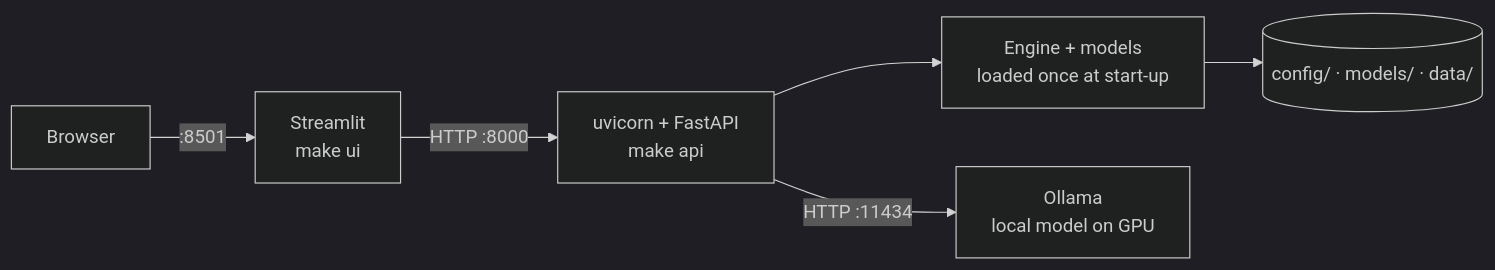
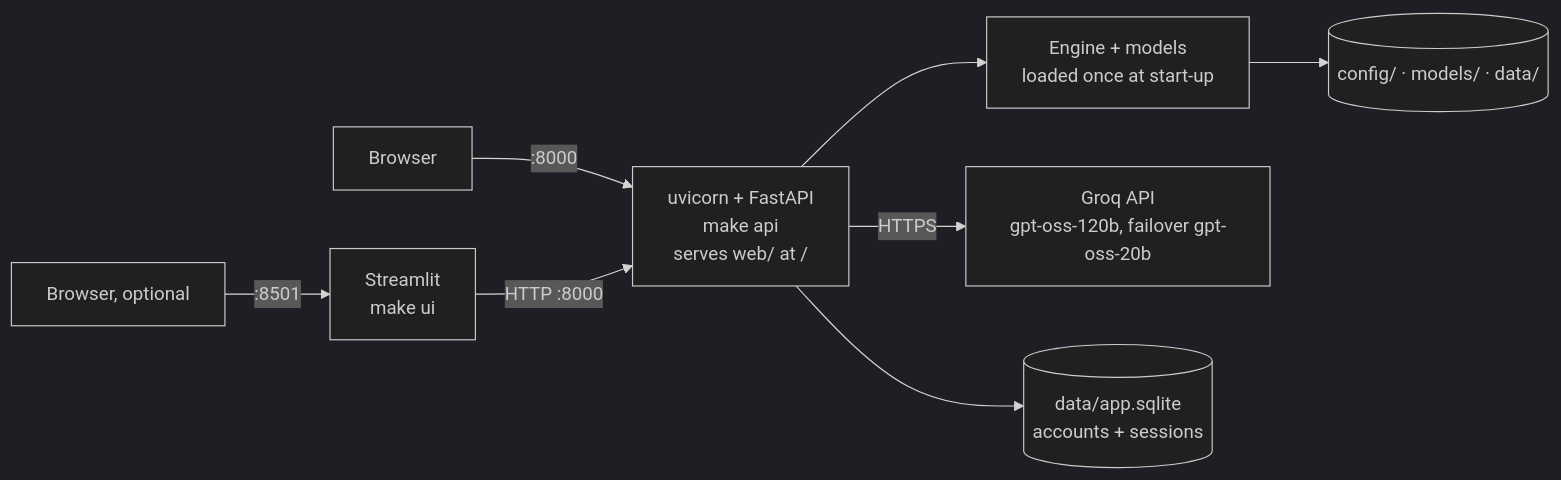
One commit to krithikkambhampati/Megathon-2026 changed the fourth of 4 diagrams in docs/ARCHITECTURE.md. Above: the diagram before and after it, drawn with Mermaid (dark theme). The commit also changed other lines of this file and 17 other files, not shown here.

````diff
--- a/docs/ARCHITECTURE.md
+++ b/docs/ARCHITECTURE.md
@@ -154,8 +162,10 @@
 ```mermaid
 flowchart LR
-  B[Browser] -->|:8501| ST[Streamlit<br/>make ui]
-  ST -->|HTTP :8000| UV[uvicorn + FastAPI<br/>make api]
+  B[Browser] -->|:8000| UV[uvicorn + FastAPI<br/>make api<br/>serves web/ at /]
+  B2[Browser, optional] -->|:8501| ST[Streamlit<br/>make ui]
+  ST -->|HTTP :8000| UV
   UV --> ENG[Engine + models<br/>loaded once at start-up]
-  UV -->|HTTP :11434| OL[Ollama<br/>local model on GPU]
+  UV -->|HTTPS| GQ[Groq API<br/>gpt-oss-120b, failover gpt-oss-20b]
+  UV --> DB[(data/app.sqlite<br/>accounts + sessions)]
   ENG --> FS[(config/ · models/ · data/)]
 ```
````
